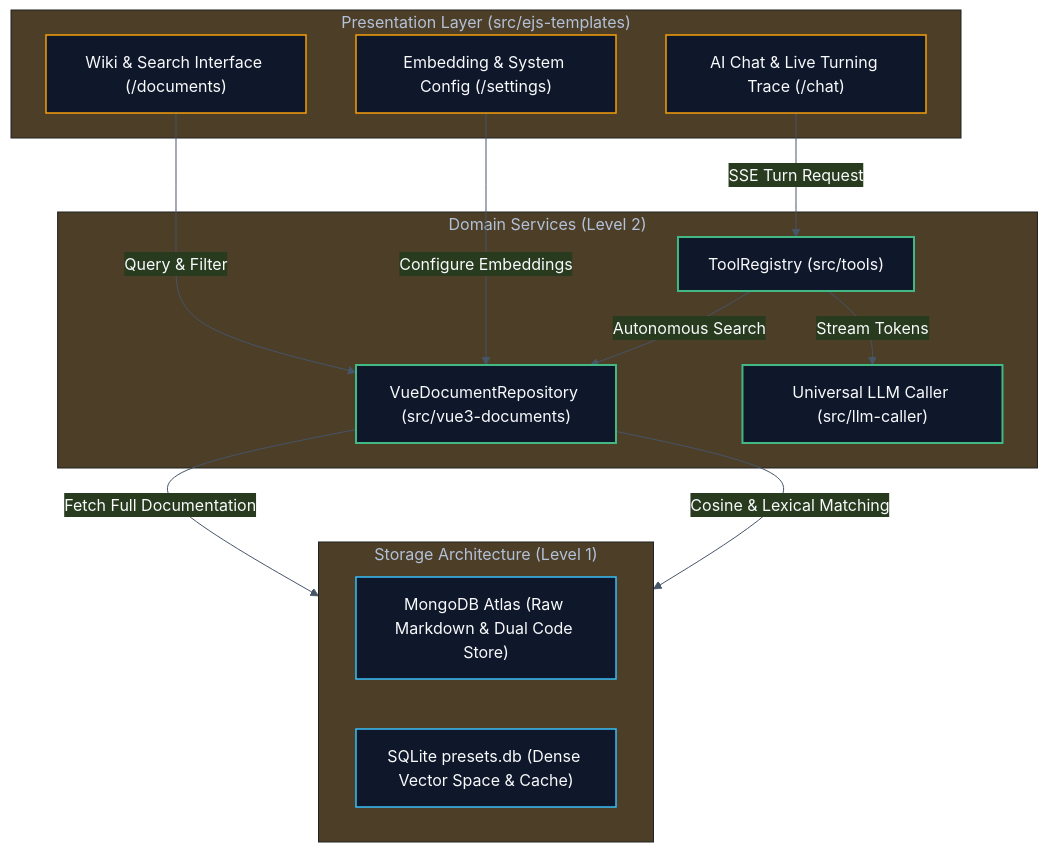
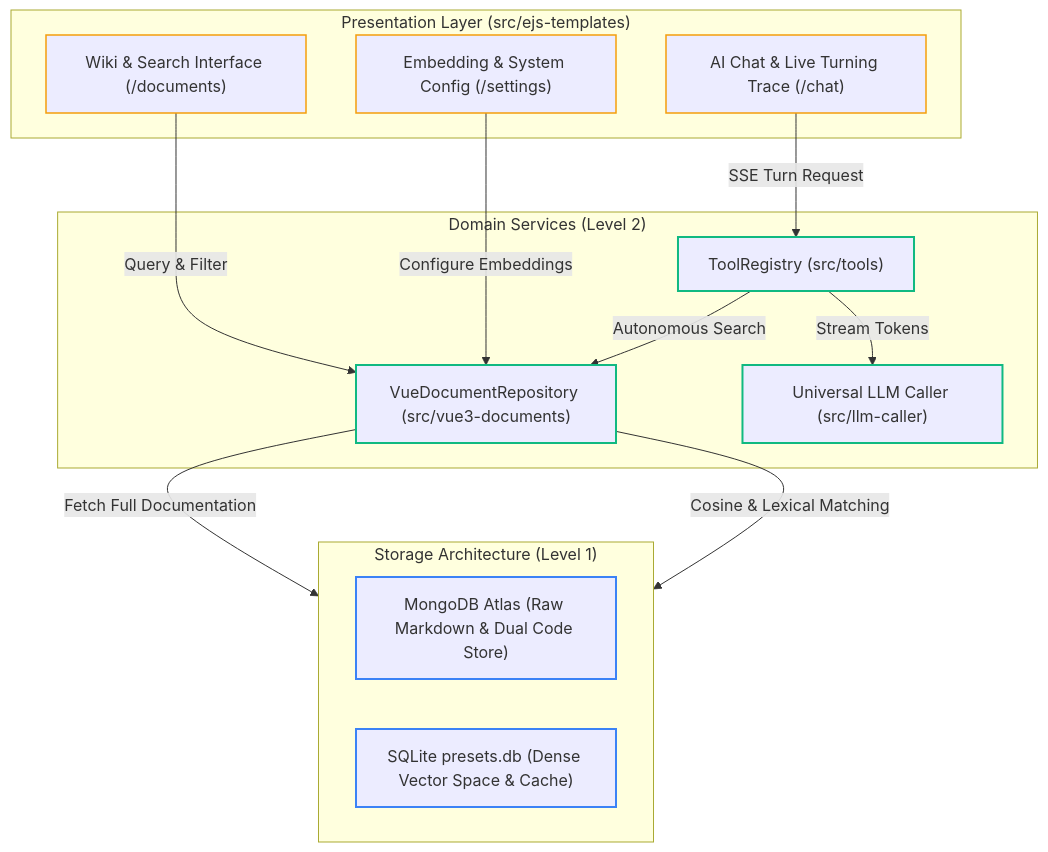
Before and after one commit to Phuongp2003/vue3-rag: the second of 4 diagrams in README.md, drawn with Mermaid. The commit also changed other lines of this file, not shown here.

Commit message:
docs: update mermaid diagrams to pure border-only adaptive styling
Remove hardcoded theme init directives and fill colors from README diagrams.
Enable automatic host theme background and font color inheritance across GitHub Light/Dark UI.

````diff
--- a/README.md
+++ b/README.md
@@ -53,34 +52,33 @@
 ```mermaid
-%%{init: {"theme": "base", "themeVariables": {"primaryColor": "#1e293b", "primaryTextColor": "#f8fafc", "primaryBorderColor": "#42b883", "lineColor": "#475569", "textColor": "#0f172a", "mainBkg": "#0f172a", "nodeBorder": "#334155"}}}%%
 flowchart TD
-  classDef default fill:#0f172a,stroke:#94a3b8,stroke-width:1px,color:#f8fafc;
-  classDef core fill:#0f172a,stroke:#42b883,stroke-width:2px,color:#f8fafc;
-  classDef storage fill:#0f172a,stroke:#38bdf8,stroke-width:1.5px,color:#f8fafc;
-  classDef view fill:#0f172a,stroke:#f59e0b,stroke-width:1.5px,color:#f8fafc;
+  classDef default stroke:#94a3b8,stroke-width:1px;
+  classDef core stroke:#10b981,stroke-width:2px;
+  classDef storage stroke:#3b82f6,stroke-width:2px;
+  classDef view stroke:#f59e0b,stroke-width:1.5px;
 
   subgraph PresentationLayer["Presentation Layer (src/ejs-templates)"]
     DocView["Wiki & Search Interface (/documents)"]:::view
     ChatView["AI Chat & Live Turning Trace (/chat)"]:::view
     SettingsView["Embedding & System Config (/settings)"]:::view
   end
 
   subgraph CoreLayer["Domain Services (Level 2)"]
     VueRepo["VueDocumentRepository (src/vue3-documents)"]:::core
     ToolReg["ToolRegistry (src/tools)"]:::core
     LLMCaller["Universal LLM Caller (src/llm-caller)"]:::core
   end
 
   subgraph DataLayer["Storage Architecture (Level 1)"]
     direction LR
     Mongo["MongoDB Atlas (Raw Markdown & Dual Code Store)"]:::storage
     SQLite["SQLite presets.db (Dense Vector Space & Cache)"]:::storage
   end
 
   DocView -->|"Query & Filter"| VueRepo
   ChatView -->|"SSE Turn Request"| ToolReg
   SettingsView -->|"Configure Embeddings"| VueRepo
   ToolReg -->|"Autonomous Search"| VueRepo
   ToolReg -->|"Stream Tokens"| LLMCaller
   VueRepo -->|"Fetch Full Documentation"| Mongo
   VueRepo -->|"Cosine & Lexical Matching"| SQLite
 ```
````
